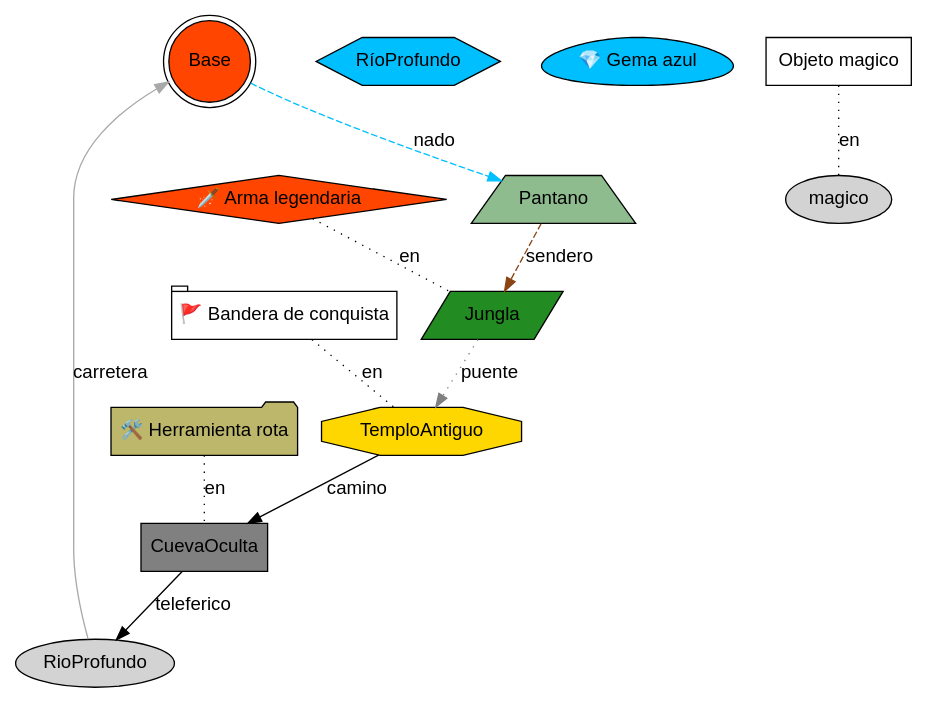
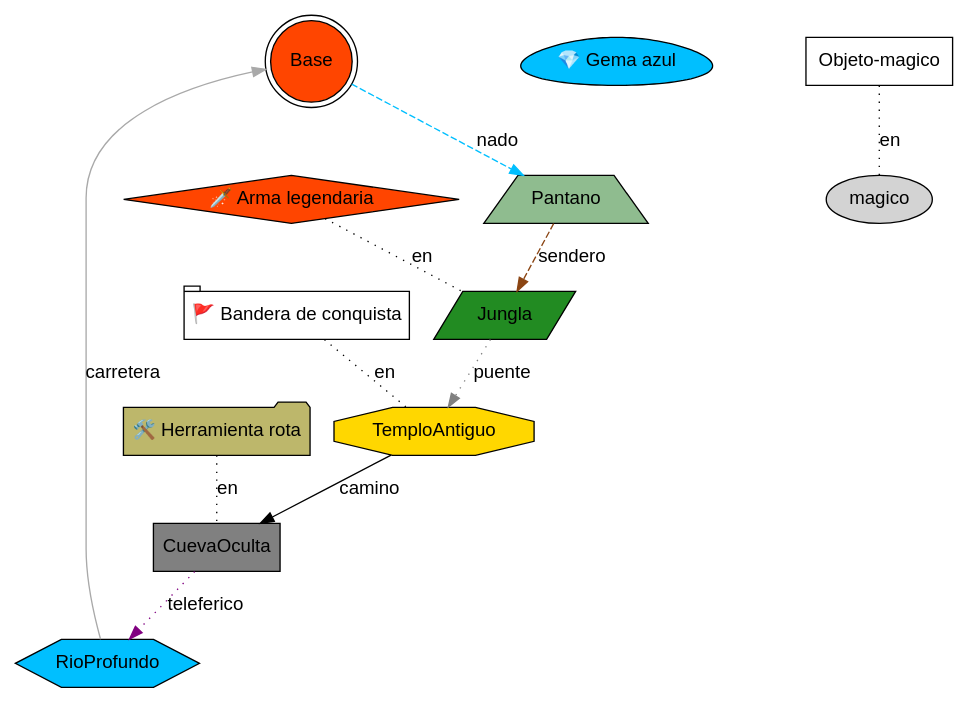
The diagram in Proyecto2/Proyecto 2V2/Main/temp_Expedicion_Volcanica.dot (JoseArt777/-LFP-202100305-), drawn with Graphviz before and after one commit. The commit also changed 7 other files, not shown here.

```diff
--- a/Proyecto2/Proyecto 2V2/Main/temp_Expedicion_Volcanica.dot
+++ b/Proyecto2/Proyecto 2V2/Main/temp_Expedicion_Volcanica.dot
@@ -1,35 +1,35 @@
 digraph "Expedicion Volcanica" {
   // Configuración general
   graph [fontname="Arial", rankdir=TB, overlap=false, splines=true];
   node [fontname="Arial", style=filled];
   edge [fontname="Arial"];
 
   // Lugares
   "Base" [shape=doublecircle, fillcolor="orangered", label="Base", pos="0,0!"];
   "Pantano" [shape=trapezium, fillcolor="darkseagreen", label="Pantano", pos="1,2!"];
   "Jungla" [shape=parallelogram, fillcolor="forestgreen", label="Jungla", pos="2,4!"];
   "TemploAntiguo" [shape=octagon, fillcolor="gold", label="TemploAntiguo", pos="4,3!"];
-  "RíoProfundo" [shape=hexagon, fillcolor="deepskyblue", label="RíoProfundo", pos="3,1!"];
+  "RioProfundo" [shape=hexagon, fillcolor="deepskyblue", label="RioProfundo", pos="3,1!"];
   "CuevaOculta" [shape=box, fillcolor="gray", label="CuevaOculta", pos="5,0!"];
 
   // Objetos en coordenadas específicas
   "obj_Gema_azul" [shape=egg, fillcolor="deepskyblue", label="💎 Gema azul", pos="4,2!"];
 
   // Objetos en lugares
   "obj_Arma_legendaria" [shape=diamond, fillcolor="orangered", label="🗡️ Arma legendaria"];
   "obj_Arma_legendaria" -> "Jungla" [label="en", dir=none, style=dotted];
   "obj_Bandera_de_conquista" [shape=tab, fillcolor="white", label="🚩 Bandera de conquista"];
   "obj_Bandera_de_conquista" -> "TemploAntiguo" [label="en", dir=none, style=dotted];
-  "obj_Objeto_magico" [shape=box, fillcolor="white", label=" Objeto magico"];
-  "obj_Objeto_magico" -> "magico" [label="en", dir=none, style=dotted];
+  "obj_Objeto-magico" [shape=box, fillcolor="white", label=" Objeto-magico"];
+  "obj_Objeto-magico" -> "magico" [label="en", dir=none, style=dotted];
   "obj_Herramienta_rota" [shape=folder, fillcolor="darkkhaki", label="🛠️ Herramienta rota"];
   "obj_Herramienta_rota" -> "CuevaOculta" [label="en", dir=none, style=dotted];
 
   // Conexiones entre lugares
   "Base" -> "Pantano" [label="nado", color="deepskyblue", style=dashed];
   "Pantano" -> "Jungla" [label="sendero", color="saddlebrown", style=dashed];
   "Jungla" -> "TemploAntiguo" [label="puente", color="gray", style=dotted];
   "TemploAntiguo" -> "CuevaOculta" [label="camino", color="black", style=solid];
   "RioProfundo" -> "Base" [label="carretera", color="darkgray", style=solid];
-  "CuevaOculta" -> "RioProfundo" [label="teleferico", color="black", style=solid];
+  "CuevaOculta" -> "RioProfundo" [label="teleferico", color="purple", style=dotted];
 }
```
